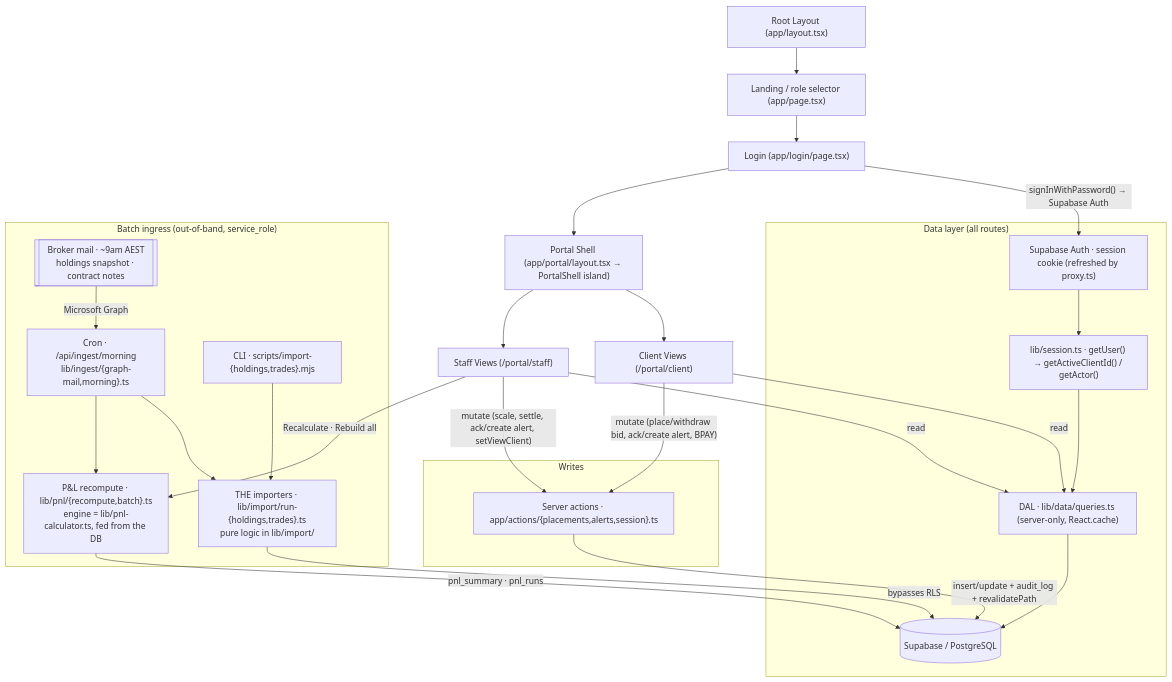
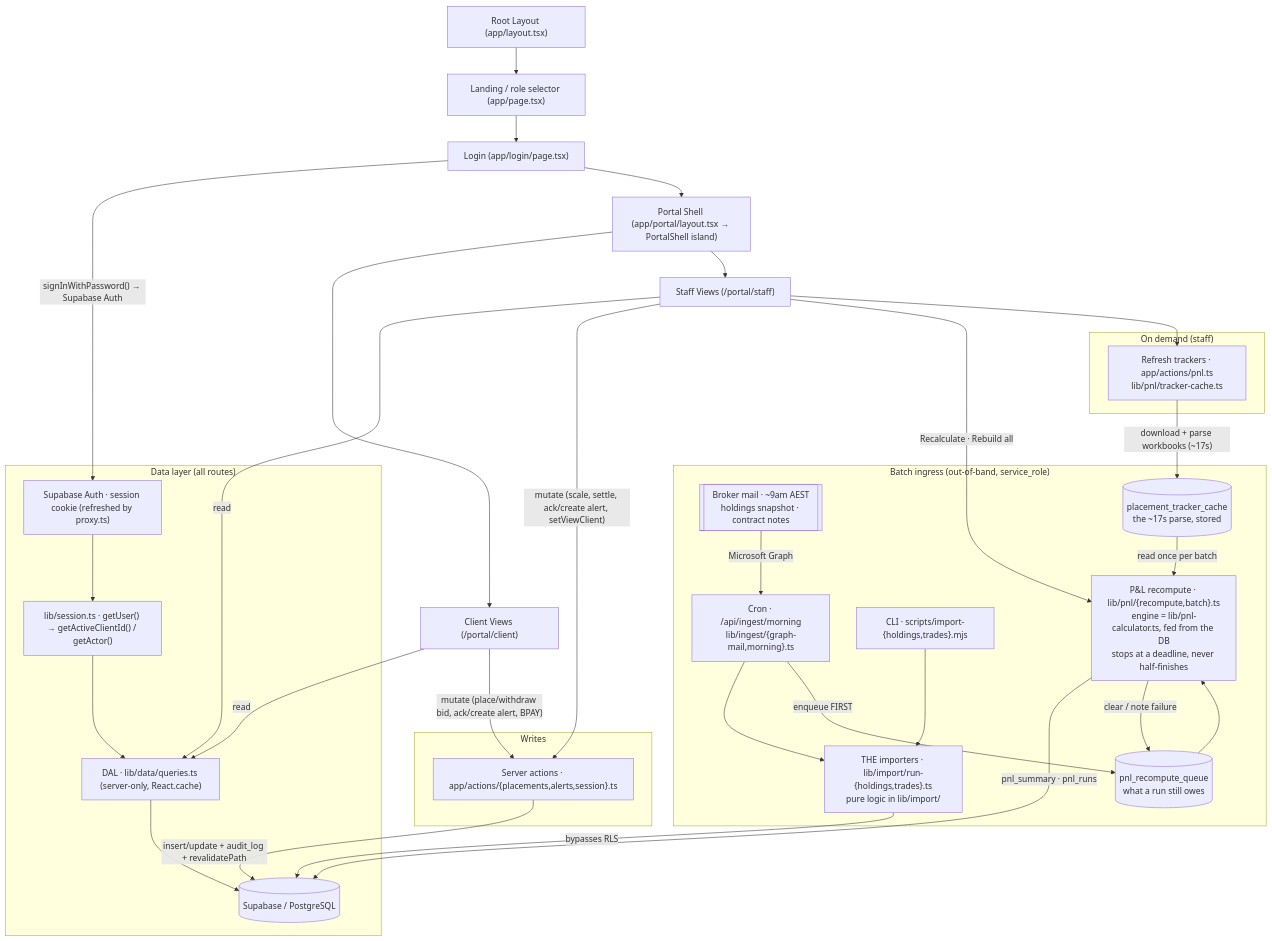
One commit to Vitti-Capital-Tech/client-dashboard changed the diagram in docs/HLD.md. Above: the diagram before and after it, drawn with Mermaid. The commit also changed other lines of this file and 15 other files, not shown here.

````diff
--- a/docs/HLD.md
+++ b/docs/HLD.md
@@ -18,42 +18,51 @@
 ```mermaid
 graph TD
     Root["Root Layout (app/layout.tsx)"] --> Landing["Landing / role selector (app/page.tsx)"]
     Landing --> Login["Login (app/login/page.tsx)"]
     Login -->|"signInWithPassword() → Supabase Auth"| Auth["Supabase Auth · session cookie (refreshed by proxy.ts)"]
     Login --> E["Portal Shell (app/portal/layout.tsx → PortalShell island)"]
 
     E --> F["Client Views (/portal/client)"]
     E --> G["Staff Views (/portal/staff)"]
 
     subgraph "Data layer (all routes)"
         Auth --> Session["lib/session.ts · getUser() → getActiveClientId() / getActor()"]
         Session --> DAL["DAL · lib/data/queries.ts (server-only, React.cache)"]
         DAL --> Supa[("Supabase / PostgreSQL")]
     end
 
     subgraph "Writes"
         Actions["Server actions · app/actions/{placements,alerts,session}.ts"]
         Actions -->|"insert/update + audit_log + revalidatePath"| Supa
     end
 
     subgraph "Batch ingress (out-of-band, service_role)"
         Mail[["Broker mail · ~9am AEST<br/>holdings snapshot · contract notes"]]
         Cron["Cron · /api/ingest/morning<br/>lib/ingest/{graph-mail,morning}.ts"]
         CLI["CLI · scripts/import-{holdings,trades}.mjs"]
         Runners["THE importers · lib/import/run-{holdings,trades}.ts<br/>pure logic in lib/import/"]
 
         Mail -->|"Microsoft Graph"| Cron
         Cron --> Runners
         CLI --> Runners
         Runners -->|"bypasses RLS"| Supa
 
-        Cron --> Recompute["P&L recompute · lib/pnl/{recompute,batch}.ts<br/>engine = lib/pnl-calculator.ts, fed from the DB"]
+        Cron -->|"enqueue FIRST"| Queue[("pnl_recompute_queue<br/>what a run still owes")]
+        Queue --> Recompute["P&L recompute · lib/pnl/{recompute,batch}.ts<br/>engine = lib/pnl-calculator.ts, fed from the DB<br/>stops at a deadline, never half-finishes"]
         Recompute -->|"pnl_summary · pnl_runs"| Supa
+        Recompute -->|"clear / note failure"| Queue
+        TCache[("placement_tracker_cache<br/>the ~17s parse, stored")] -->|"read once per batch"| Recompute
+    end
+
+    subgraph "On demand (staff)"
+        Refresh["Refresh trackers · app/actions/pnl.ts<br/>lib/pnl/tracker-cache.ts"]
+        Refresh -->|"download + parse workbooks (~17s)"| TCache
     end
 
     F -->|"read"| DAL
     G -->|"read"| DAL
     F -->|"mutate (place/withdraw bid, ack/create alert, BPAY)"| Actions
     G -->|"mutate (scale, settle, ack/create alert, setViewClient)"| Actions
     G -->|"Recalculate · Rebuild all"| Recompute
+    G --> Refresh
 ```
````
